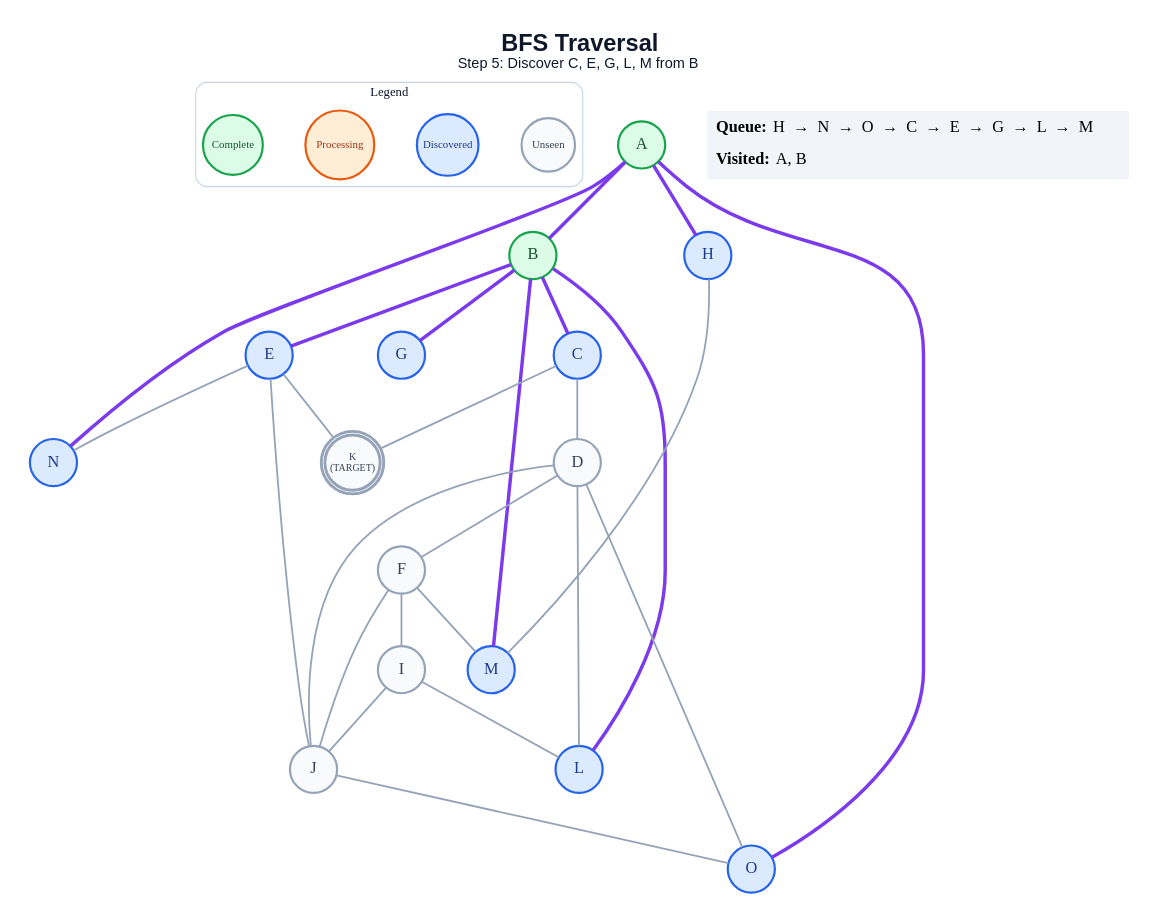
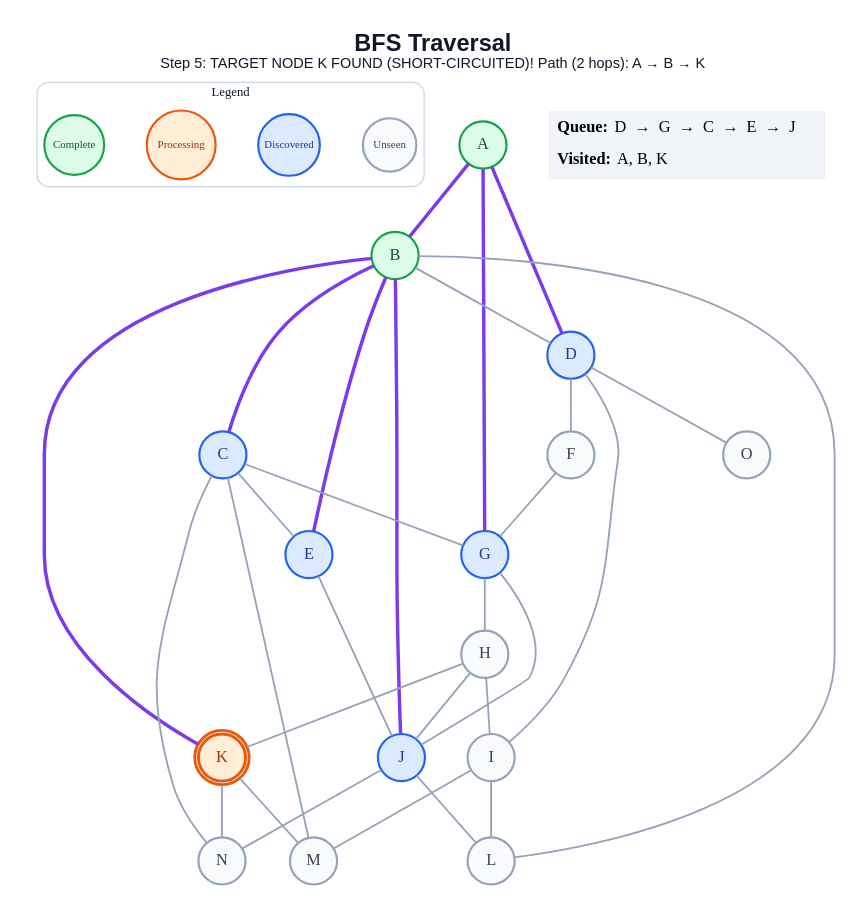
One commit to anon7238593-create/ai-slop changed the diagram in generated/short-circuit/bfs/step_05.dot. Above: the diagram before and after it, drawn with Graphviz. The commit also changed 253 other files, not shown here.

```diff
--- a/generated/short-circuit/bfs/step_05.dot
+++ b/generated/short-circuit/bfs/step_05.dot
@@ -1,59 +1,63 @@
 graph traversal {
   graph [layout=dot, rankdir=TB, bgcolor="#FFFFFF", pad="0.35", nodesep="0.65", ranksep="0.8", fontname="Arial"];
   node [shape=circle, style="filled", fontname="Arial Bold", fontsize=18, width=0.72, fixedsize=true, penwidth=2.4];
   edge [color="#94A3B8", penwidth=2.0];
-  label=<<B>BFS Traversal</B><BR/><FONT POINT-SIZE="16">Step 5: Discover C, E, G, L, M from B</FONT>>; labelloc="t"; fontsize=26; fontname="Arial"; fontcolor="#0F172A";
+  label=<<B>BFS Traversal</B><BR/><FONT POINT-SIZE="16">Step 5: TARGET NODE K FOUND (SHORT-CIRCUITED)! Path (2 hops): A → B → K</FONT>>; labelloc="t"; fontsize=26; fontname="Arial"; fontcolor="#0F172A";
   subgraph cluster_legend { label="Legend"; color="#CBD5E1"; penwidth=1.2; style="rounded"; fontsize=14; fontname="Arial Bold";
     key_unseen [label="Unseen", fillcolor="#F8FAFC", color="#94A3B8", fontcolor="#334155", fontsize=12, width=0.82];
     key_frontier [label="Discovered", fillcolor="#DBEAFE", color="#2563EB", fontcolor="#1E3A8A", fontsize=12, width=0.95];
     key_current [label="Processing", fillcolor="#FFEDD5", color="#EA580C", fontcolor="#9A3412", fontsize=12, width=1.05];
     key_done [label="Complete", fillcolor="#DCFCE7", color="#16A34A", fontcolor="#14532D", fontsize=12, width=0.92];
     { rank=same; key_unseen; key_frontier; key_current; key_done; }
   }
   A [label="A", fillcolor="#DCFCE7", color="#16A34A", fontcolor="#14532D", peripheries=1, penwidth=2.4];
   B [label="B", fillcolor="#DCFCE7", color="#16A34A", fontcolor="#14532D", peripheries=1, penwidth=2.4];
   C [label="C", fillcolor="#DBEAFE", color="#2563EB", fontcolor="#1E3A8A", peripheries=1, penwidth=2.4];
-  D [label="D", fillcolor="#F8FAFC", color="#94A3B8", fontcolor="#334155", peripheries=1, penwidth=2.4];
+  D [label="D", fillcolor="#DBEAFE", color="#2563EB", fontcolor="#1E3A8A", peripheries=1, penwidth=2.4];
   E [label="E", fillcolor="#DBEAFE", color="#2563EB", fontcolor="#1E3A8A", peripheries=1, penwidth=2.4];
   F [label="F", fillcolor="#F8FAFC", color="#94A3B8", fontcolor="#334155", peripheries=1, penwidth=2.4];
   G [label="G", fillcolor="#DBEAFE", color="#2563EB", fontcolor="#1E3A8A", peripheries=1, penwidth=2.4];
-  H [label="H", fillcolor="#DBEAFE", color="#2563EB", fontcolor="#1E3A8A", peripheries=1, penwidth=2.4];
+  H [label="H", fillcolor="#F8FAFC", color="#94A3B8", fontcolor="#334155", peripheries=1, penwidth=2.4];
   I [label="I", fillcolor="#F8FAFC", color="#94A3B8", fontcolor="#334155", peripheries=1, penwidth=2.4];
-  J [label="J", fillcolor="#F8FAFC", color="#94A3B8", fontcolor="#334155", peripheries=1, penwidth=2.4];
-  K [label="K\n(TARGET)", fillcolor="#F8FAFC", color="#94A3B8", fontcolor="#334155", peripheries=2, penwidth=3.2, fontsize=11, width=0.85, height=0.85];
-  L [label="L", fillcolor="#DBEAFE", color="#2563EB", fontcolor="#1E3A8A", peripheries=1, penwidth=2.4];
-  M [label="M", fillcolor="#DBEAFE", color="#2563EB", fontcolor="#1E3A8A", peripheries=1, penwidth=2.4];
-  N [label="N", fillcolor="#DBEAFE", color="#2563EB", fontcolor="#1E3A8A", peripheries=1, penwidth=2.4];
-  O [label="O", fillcolor="#DBEAFE", color="#2563EB", fontcolor="#1E3A8A", peripheries=1, penwidth=2.4];
+  J [label="J", fillcolor="#DBEAFE", color="#2563EB", fontcolor="#1E3A8A", peripheries=1, penwidth=2.4];
+  K [label="K", fillcolor="#FFEDD5", color="#EA580C", fontcolor="#9A3412", peripheries=2, penwidth=3.2];
+  L [label="L", fillcolor="#F8FAFC", color="#94A3B8", fontcolor="#334155", peripheries=1, penwidth=2.4];
+  M [label="M", fillcolor="#F8FAFC", color="#94A3B8", fontcolor="#334155", peripheries=1, penwidth=2.4];
+  N [label="N", fillcolor="#F8FAFC", color="#94A3B8", fontcolor="#334155", peripheries=1, penwidth=2.4];
+  O [label="O", fillcolor="#F8FAFC", color="#94A3B8", fontcolor="#334155", peripheries=1, penwidth=2.4];
   A -- B [color="#7C3AED", penwidth=3.8];
-  A -- H [color="#7C3AED", penwidth=3.8];
-  A -- N [color="#7C3AED", penwidth=3.8];
-  A -- O [color="#7C3AED", penwidth=3.8];
+  A -- D [color="#7C3AED", penwidth=3.8];
+  A -- G [color="#7C3AED", penwidth=3.8];
   B -- C [color="#7C3AED", penwidth=3.8];
+  B -- D;
   B -- E [color="#7C3AED", penwidth=3.8];
-  B -- G [color="#7C3AED", penwidth=3.8];
-  B -- L [color="#7C3AED", penwidth=3.8];
-  B -- M [color="#7C3AED", penwidth=3.8];
-  C -- D;
-  C -- K;
+  B -- J [color="#7C3AED", penwidth=3.8];
+  B -- K [color="#7C3AED", penwidth=3.8];
+  B -- L;
+  C -- E;
+  C -- G;
+  C -- M;
+  C -- N;
   D -- F;
-  D -- J;
-  D -- L;
+  D -- I;
   D -- O;
   E -- J;
-  E -- K;
-  E -- N;
-  F -- I;
-  F -- J;
-  F -- M;
-  H -- M;
-  I -- J;
+  F -- G;
+  G -- H;
+  G -- J;
+  H -- I;
+  H -- J;
+  H -- K;
   I -- L;
-  J -- O;
+  I -- M;
+  J -- L;
+  J -- N;
+  K -- M;
+  K -- N;
   status [shape=plain, fixedsize=false, width=0, height=0, margin=0, label=<
     <TABLE BORDER="0" CELLBORDER="0" CELLPADDING="7" BGCOLOR="#F1F5F9">
-      <TR><TD ALIGN="LEFT"><B>Queue:</B> H  →  N  →  O  →  C  →  E  →  G  →  L  →  M</TD></TR>
-      <TR><TD ALIGN="LEFT"><B>Visited:</B> A, B</TD></TR>
+      <TR><TD ALIGN="LEFT"><B>Queue:</B> D  →  G  →  C  →  E  →  J</TD></TR>
+      <TR><TD ALIGN="LEFT"><B>Visited:</B> A, B, K</TD></TR>
     </TABLE>
   >];
 }
```
